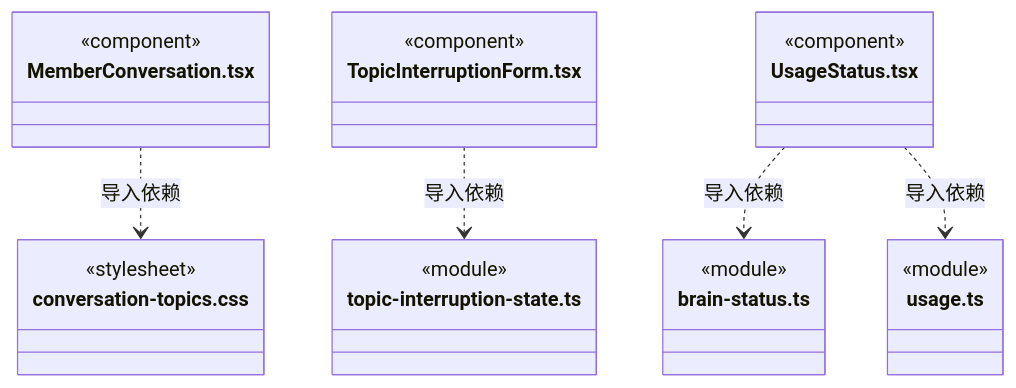
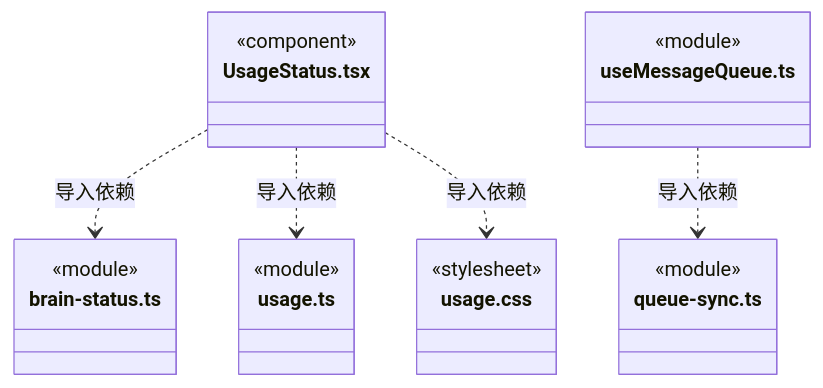
Before and after one commit to nan023062/cbim: diagram 49 of 51 in src/view/conversation/ARCHITECTURE.md, drawn with Mermaid. The commit also changed other lines of this file and 29 other files, not shown here.

````diff
--- a/src/view/conversation/ARCHITECTURE.md
+++ b/src/view/conversation/ARCHITECTURE.md
@@ -826,28 +799,25 @@
 ```mermaid
 classDiagram
-class N_src_view_conversation_MemberConversation_tsx["MemberConversation.tsx"] {
-  <<component>>
-}
-class N_src_view_conversation_conversation_topics_css["conversation-topics.css"] {
-  <<stylesheet>>
-}
-class N_src_view_conversation_TopicInterruptionForm_tsx["TopicInterruptionForm.tsx"] {
-  <<component>>
-}
-class N_src_view_conversation_topic_interruption_state_ts["topic-interruption-state.ts"] {
-  <<module>>
-}
 class N_src_view_conversation_UsageStatus_tsx["UsageStatus.tsx"] {
   <<component>>
 }
 class N_src_view_conversation_brain_status_ts["brain-status.ts"] {
   <<module>>
 }
 class N_src_view_conversation_usage_ts["usage.ts"] {
   <<module>>
 }
-N_src_view_conversation_MemberConversation_tsx ..> N_src_view_conversation_conversation_topics_css : 导入依赖
-N_src_view_conversation_TopicInterruptionForm_tsx ..> N_src_view_conversation_topic_interruption_state_ts : 导入依赖
+class N_src_view_conversation_usage_css["usage.css"] {
+  <<stylesheet>>
+}
+class N_src_view_conversation_useMessageQueue_ts["useMessageQueue.ts"] {
+  <<module>>
+}
+class N_src_view_conversation_queue_sync_ts["queue-sync.ts"] {
+  <<module>>
+}
 N_src_view_conversation_UsageStatus_tsx ..> N_src_view_conversation_brain_status_ts : 导入依赖
 N_src_view_conversation_UsageStatus_tsx ..> N_src_view_conversation_usage_ts : 导入依赖
+N_src_view_conversation_UsageStatus_tsx ..> N_src_view_conversation_usage_css : 导入依赖
+N_src_view_conversation_useMessageQueue_ts ..> N_src_view_conversation_queue_sync_ts : 导入依赖
 ```
````
